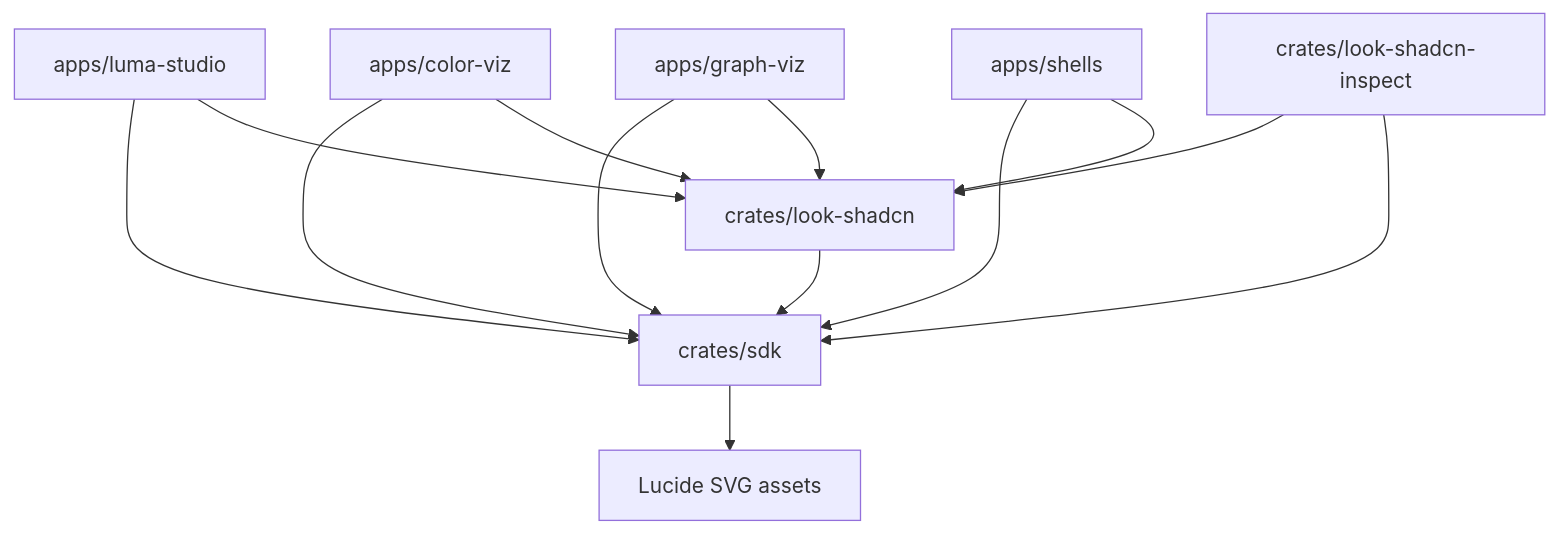
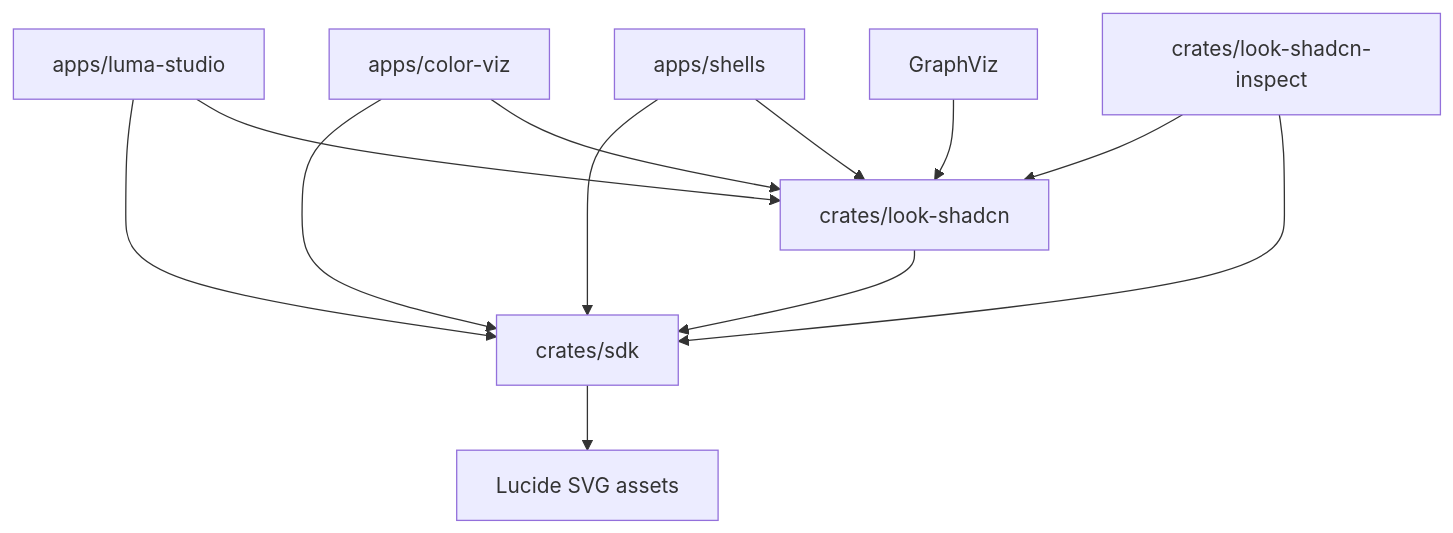
The diagram in docs/architecture.md (gpui-luma-dev/gpui-luma), drawn with Mermaid before and after one commit. The commit also changed other lines of this file and 52 other files, not shown here.

Commit message:
Drop graph-viz

````diff
--- a/docs/architecture.md
+++ b/docs/architecture.md
@@ -25,15 +24,14 @@
 ```mermaid
 graph TD
     Studio[apps/luma-studio] --> SDK[crates/sdk]
     SDK --> Lucide[Lucide SVG assets]
     Studio --> Look[crates/look-shadcn]
     ColorViz[apps/color-viz] --> SDK
     ColorViz --> Look
-    GraphViz[apps/graph-viz] --> SDK
     GraphViz --> Look
     Shells[apps/shells] --> SDK
     Shells --> Look
     Look --> SDK
     LookInspect[crates/look-shadcn-inspect] --> Look
     LookInspect --> SDK
 ```
````
